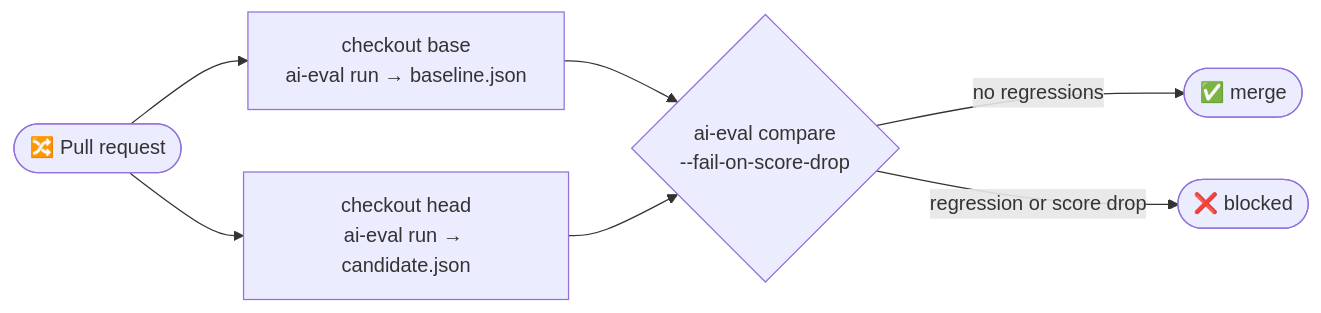
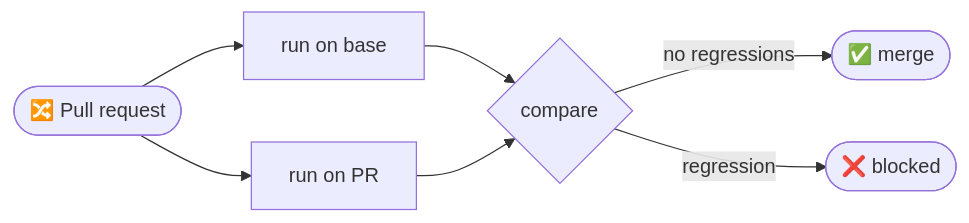
Before and after one commit to Dhillon001/ai-eval: the third of 3 diagrams in README.md, drawn with Mermaid. The commit also changed other lines of this file and 5 other files, not shown here.

````diff
--- a/README.md
+++ b/README.md
@@ -527,9 +108,9 @@
 ```mermaid
 flowchart LR
-    PR(["🔀 Pull request"]) --> B["checkout base<br/>ai-eval run → baseline.json"]
-    PR --> H["checkout head<br/>ai-eval run → candidate.json"]
-    B --> C{"ai-eval compare<br/>--fail-on-score-drop"}
+    PR(["🔀 Pull request"]) --> B["run on base"]
+    PR --> H["run on PR"]
+    B --> C{"compare"}
     H --> C
     C -->|no regressions| OK(["✅ merge"])
-    C -->|regression or score drop| NO(["❌ blocked"])
+    C -->|regression| NO(["❌ blocked"])
 ```
````
